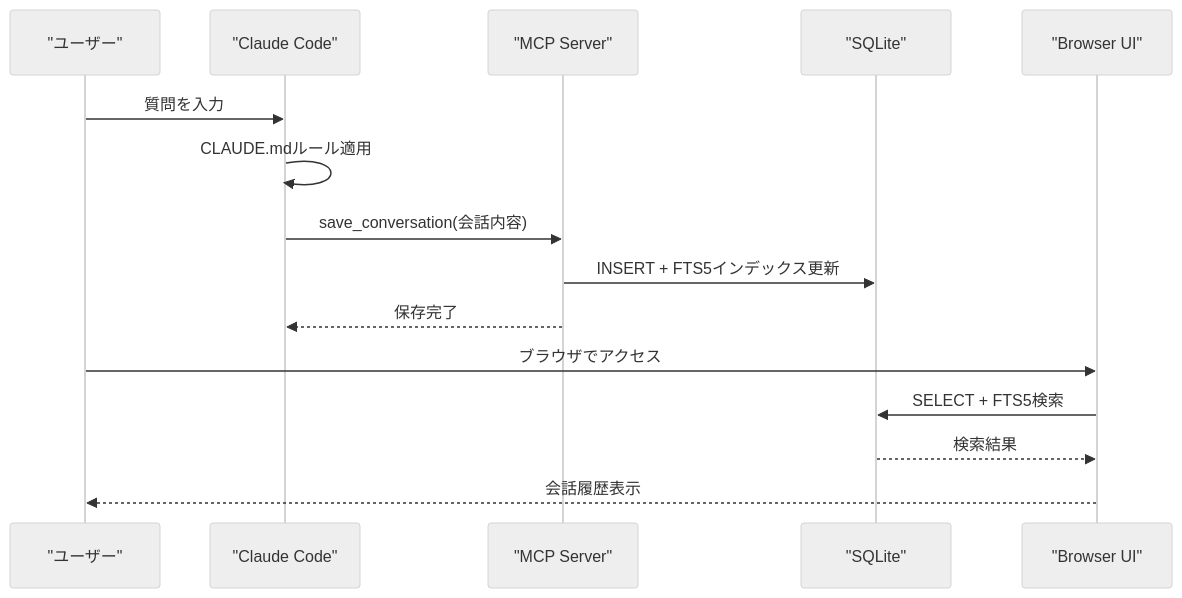
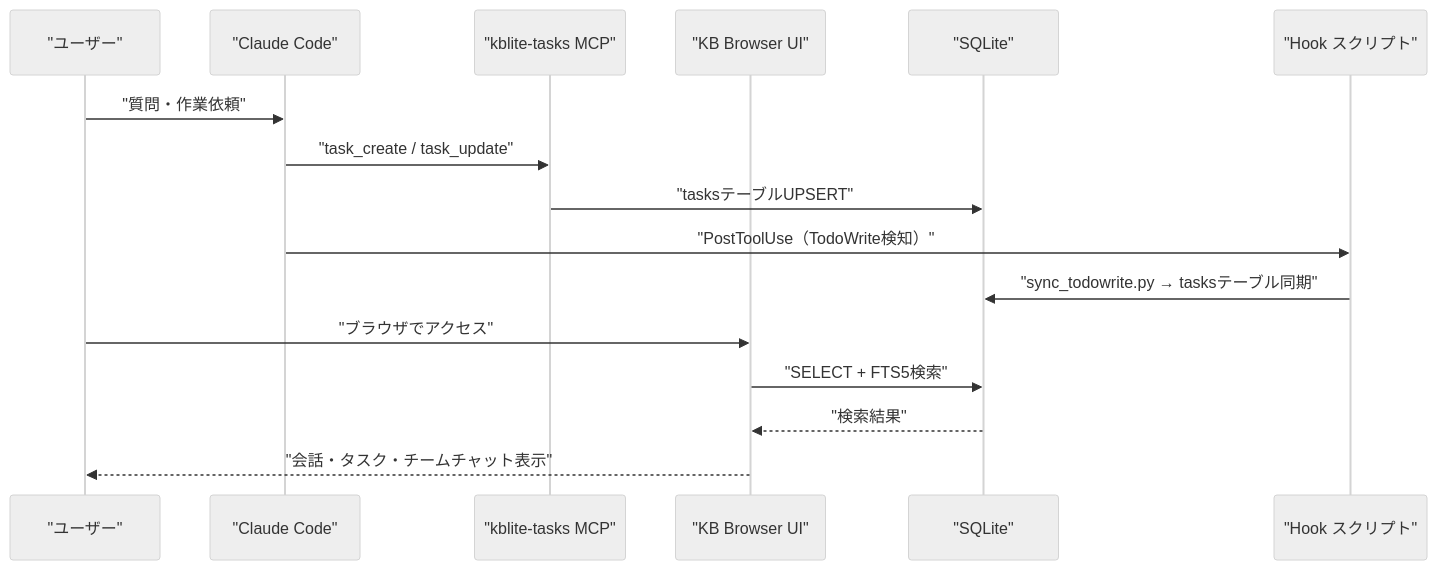
One commit to 76Hata/KBLite changed the third of 4 diagrams in doc/DESIGN-001_kblite-overview.md. Above: the diagram before and after it, drawn with Mermaid (neutral theme). The commit also changed other lines of this file and 4 other files, not shown here.

First line of the commit message:
docs: 設計書更新・mcp_tasks UTF-8修正

````diff
--- a/doc/DESIGN-001_kblite-overview.md
+++ b/doc/DESIGN-001_kblite-overview.md
@@ -85,19 +89,20 @@
 ```mermaid
 sequenceDiagram
     participant User as "ユーザー"
     participant CC as "Claude Code"
-    participant MCP as "MCP Server"
+    participant MCP as "kblite-tasks MCP"
+    participant API as "KB Browser UI"
     participant DB as "SQLite"
-    participant UI as "Browser UI"
+    participant Hook as "Hook スクリプト"
 
-    User->>CC: 質問を入力
-    CC->>CC: CLAUDE.mdルール適用
-    CC->>MCP: save_conversation(会話内容)
-    MCP->>DB: INSERT + FTS5インデックス更新
-    MCP-->>CC: 保存完了
+    User->>CC: "質問・作業依頼"
+    CC->>MCP: "task_create / task_update"
+    MCP->>DB: "tasksテーブルUPSERT"
+    CC->>Hook: "PostToolUse（TodoWrite検知）"
+    Hook->>DB: "sync_todowrite.py → tasksテーブル同期"
 
-    User->>UI: ブラウザでアクセス
-    UI->>DB: SELECT + FTS5検索
-    DB-->>UI: 検索結果
-    UI-->>User: 会話履歴表示
+    User->>API: "ブラウザでアクセス"
+    API->>DB: "SELECT + FTS5検索"
+    DB-->>API: "検索結果"
+    API-->>User: "会話・タスク・チームチャット表示"
 ```
````
